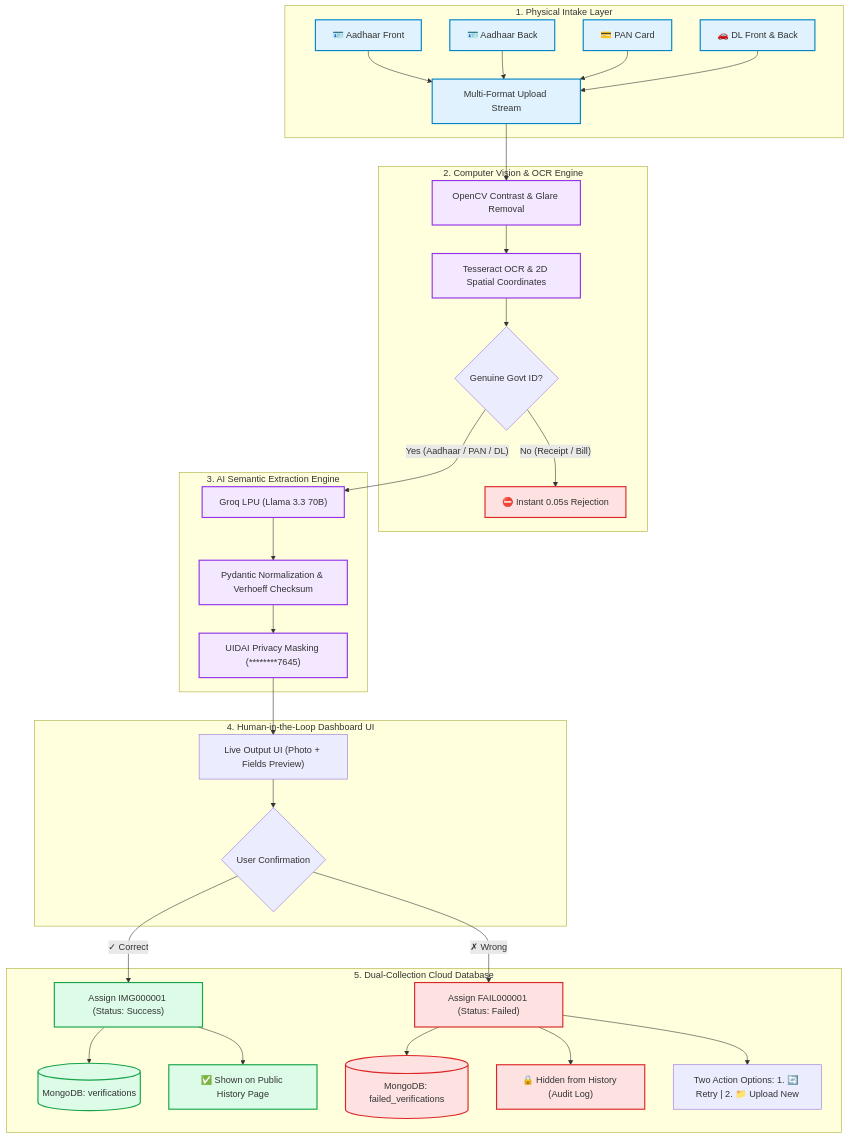
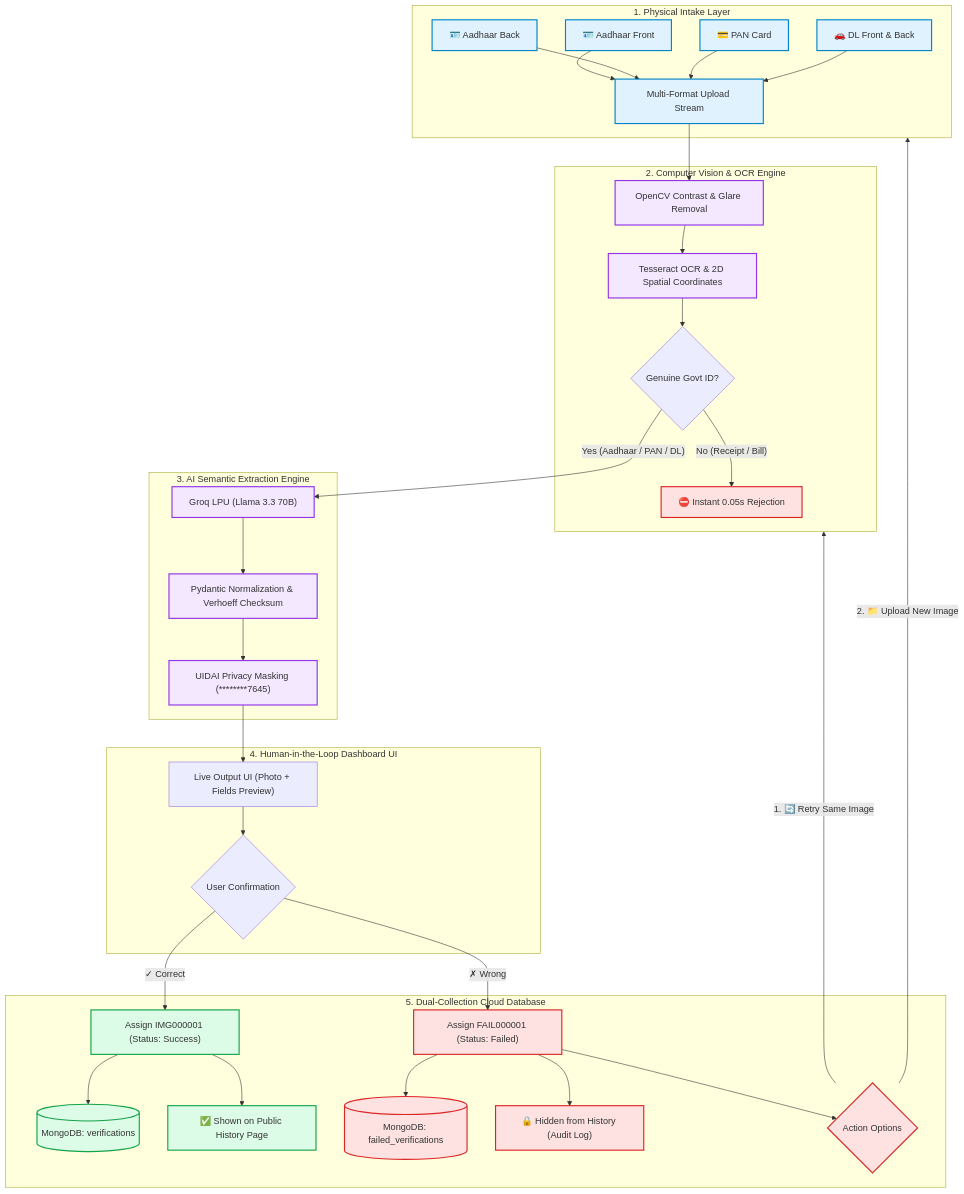
The diagram in README.md (Kiruthikeyan-S/ID-Document-Information-Extraction), drawn with Mermaid before and after one commit. The commit also changed other lines of this file, not shown here.

Commit message:
docs: Add explicit Retry and Upload New loopback flows to Mermaid and ASCII diagrams in README.md

````diff
--- a/README.md
+++ b/README.md
@@ -89,48 +94,51 @@
 ```mermaid
 flowchart TD
     subgraph INTAKE["1. Physical Intake Layer"]
         A1["🪪 Aadhaar Front"] --> UPLOAD["Multi-Format Upload Stream"]
         A2["🪪 Aadhaar Back"] --> UPLOAD
         A3["💳 PAN Card"] --> UPLOAD
         A4["🚗 DL Front & Back"] --> UPLOAD
     end
 
     subgraph PREPROC["2. Computer Vision & OCR Engine"]
         UPLOAD --> CV1["OpenCV Contrast & Glare Removal"]
         CV1 --> OCR["Tesseract OCR & 2D Spatial Coordinates"]
         OCR --> GATE{"Genuine Govt ID?"}
         GATE -- "No (Receipt / Bill)" --> REJECT["⛔ Instant 0.05s Rejection"]
     end
 
     subgraph AI["3. AI Semantic Extraction Engine"]
         GATE -- "Yes (Aadhaar / PAN / DL)" --> LLM["Groq LPU (Llama 3.3 70B)"]
         LLM --> NORM["Pydantic Normalization & Verhoeff Checksum"]
         NORM --> MASK["UIDAI Privacy Masking (********7645)"]
     end
 
     subgraph UI["4. Human-in-the-Loop Dashboard UI"]
         MASK --> PREVIEW["Live Output UI (Photo + Fields Preview)"]
         PREVIEW --> CHOICE{"User Confirmation"}
     end
 
     subgraph STORAGE["5. Dual-Collection Cloud Database"]
         CHOICE -- "✓ Correct" --> CONFIRM["Assign IMG000001 (Status: Success)"]
         CONFIRM --> DB1[("MongoDB: verifications")]
         CONFIRM --> HIST["✅ Shown on Public History Page"]
 
         CHOICE -- "✗ Wrong" --> WRONG["Assign FAIL000001 (Status: Failed)"]
         WRONG --> DB2[("MongoDB: failed_verifications")]
         WRONG --> AUDIT["🔒 Hidden from History (Audit Log)"]
-        WRONG --> ACTIONS["Two Action Options: 1. 🔄 Retry | 2. 📁 Upload New"]
+        WRONG --> ACTIONS{"Action Options"}
     end
+
+    ACTIONS -->|"1. 🔄 Retry Same Image"| PREPROC
+    ACTIONS -->|"2. 📁 Upload New Image"| INTAKE
 
     classDef success fill:#dcfce7,stroke:#16a34a,stroke-width:2px;
     classDef fail fill:#fee2e2,stroke:#dc2626,stroke-width:2px;
     classDef intake fill:#e0f2fe,stroke:#0284c7,stroke-width:2px;
     classDef engine fill:#f3e8ff,stroke:#9333ea,stroke-width:2px;
 
     class CONFIRM,DB1,HIST success;
-    class WRONG,DB2,AUDIT,REJECT fail;
+    class WRONG,DB2,AUDIT,REJECT,ACTIONS fail;
     class A1,A2,A3,A4,UPLOAD intake;
     class CV1,OCR,LLM,NORM,MASK engine;
 ```
````
